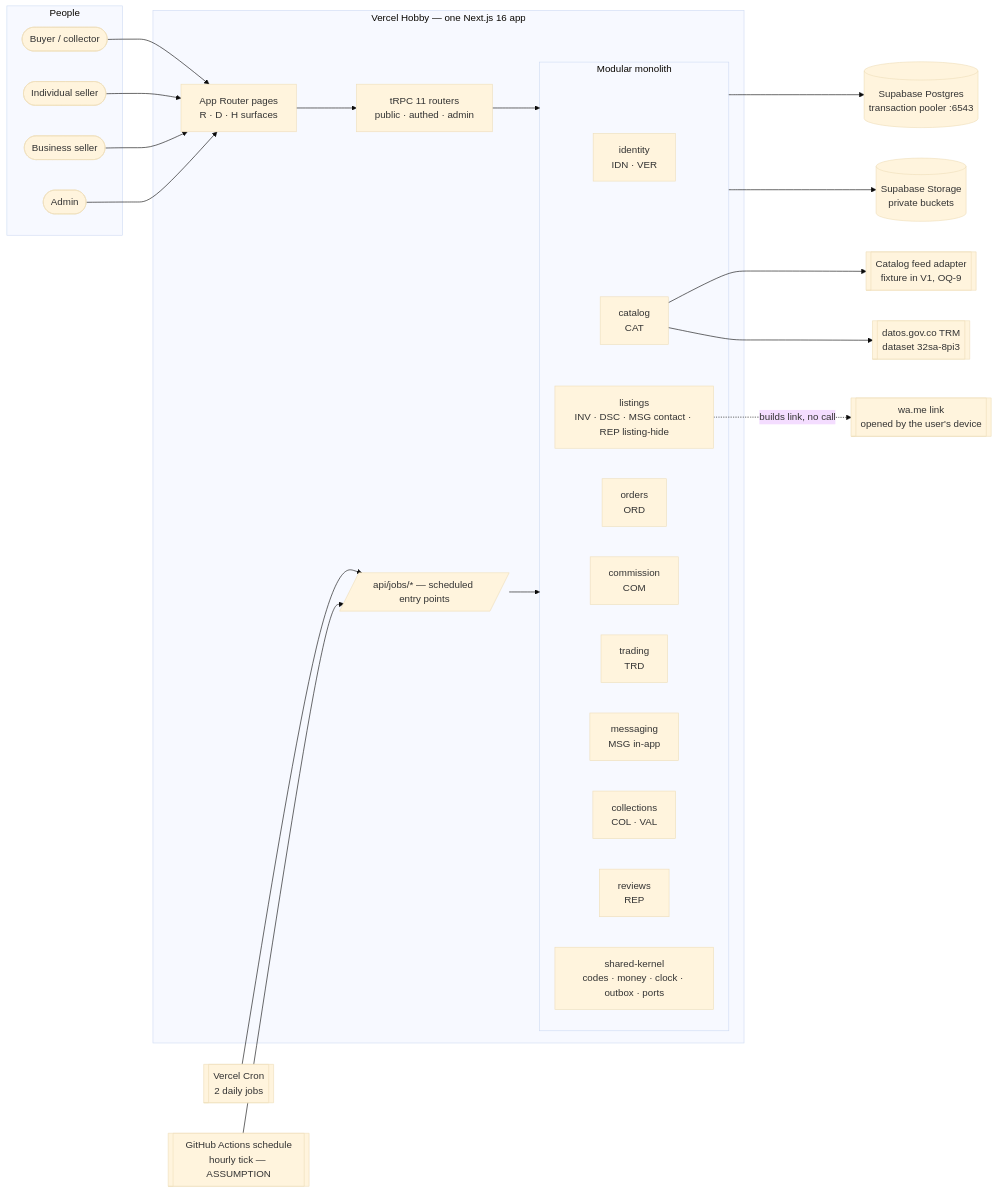
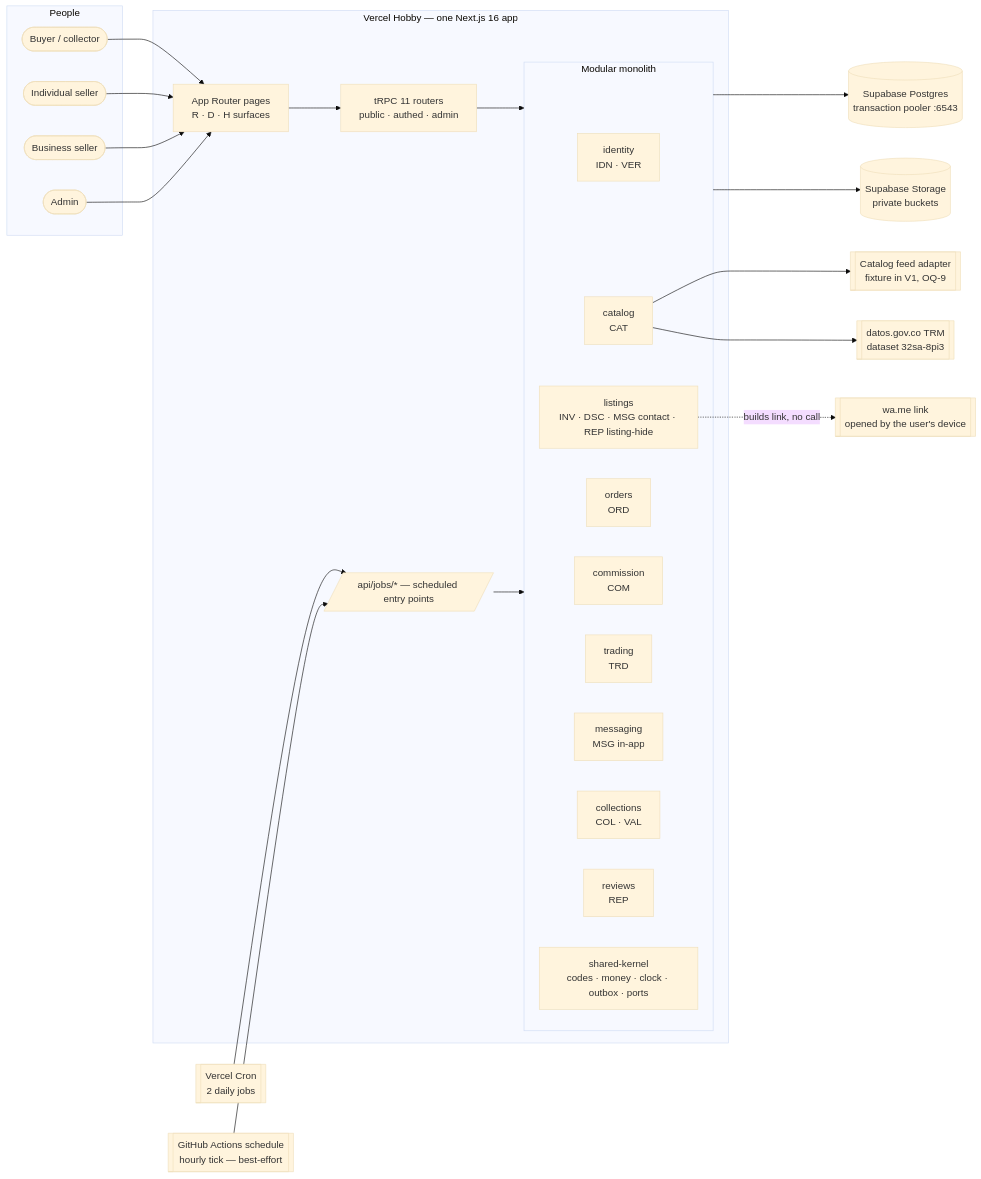
Before and after one commit to Electromayonaise/Pok-mon-TCG-Marketplace-and-Collection-Management: the first of 15 diagrams in docs/plan-2/planning/ARCHITECTURE.md, drawn with Mermaid (base theme). The commit also changed other lines of this file and 4 other files, not shown here.

````diff
--- a/docs/plan-2/planning/ARCHITECTURE.md
+++ b/docs/plan-2/planning/ARCHITECTURE.md
@@ -81,43 +96,43 @@
 ```mermaid
 flowchart LR
   subgraph People
     buyer([Buyer / collector])
     indiv([Individual seller])
     biz([Business seller])
     admin([Admin])
   end
   subgraph Vercel["Vercel Hobby — one Next.js 16 app"]
     ui[App Router pages<br/>R · D · H surfaces]
     trpc[tRPC 11 routers<br/>public · authed · admin]
     subgraph Mods["Modular monolith"]
       identity["identity<br/>IDN · VER"]
       catalog["catalog<br/>CAT"]
       listings["listings<br/>INV · DSC · MSG contact · REP listing-hide"]
       orders["orders<br/>ORD"]
       commission["commission<br/>COM"]
       trading["trading<br/>TRD"]
       messaging["messaging<br/>MSG in-app"]
       collections["collections<br/>COL · VAL"]
       reviews["reviews<br/>REP"]
       sk["shared-kernel<br/>codes · money · clock · outbox · ports"]
     end
     jobs[/api/jobs/* — scheduled entry points/]
   end
   pg[(Supabase Postgres<br/>transaction pooler :6543)]
   st[(Supabase Storage<br/>private buckets)]
   feed[[Catalog feed adapter<br/>fixture in V1, OQ-9]]
   trm[[datos.gov.co TRM<br/>dataset 32sa-8pi3]]
   wa[[wa.me link<br/>opened by the user's device]]
   vcron[[Vercel Cron<br/>2 daily jobs]]
-  ghs[[GitHub Actions schedule<br/>hourly tick — ASSUMPTION]]
+  ghs[[GitHub Actions schedule<br/>hourly tick — best-effort]]
 
   buyer & indiv & biz & admin --> ui --> trpc --> Mods
   Mods --> pg
   Mods --> st
   catalog --> feed
   catalog --> trm
   listings -. builds link, no call .-> wa
   vcron --> jobs
   ghs --> jobs
   jobs --> Mods
 ```
````
